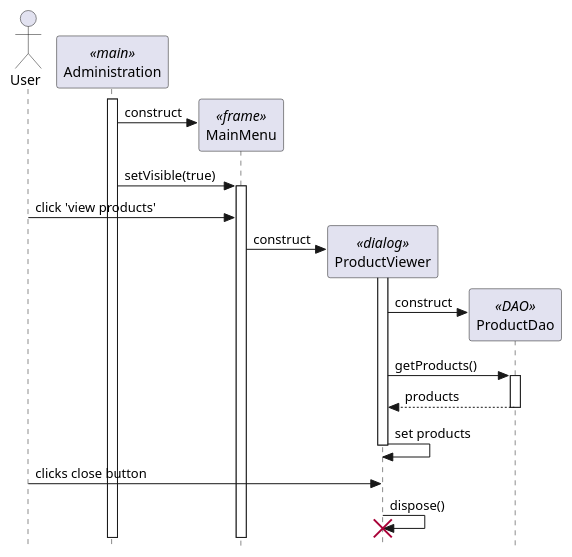
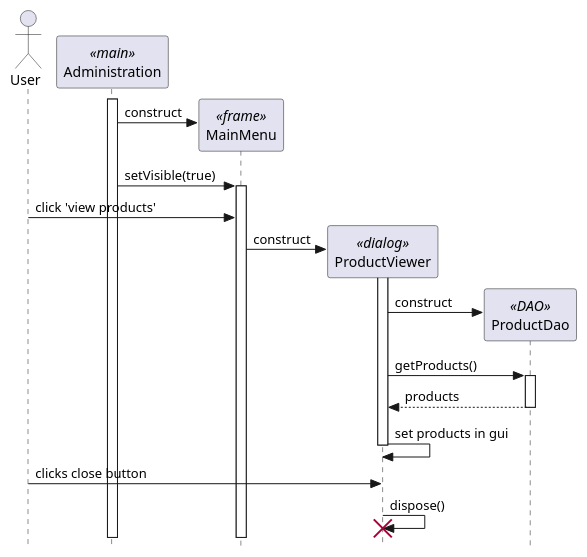
One commit to ahudson20/INFO202 changed the diagram in viewAllProducts.puml. Above: the diagram before and after it, drawn with PlantUML. The commit also changed 2 other files, not shown here.

Commit message:
updated sequence diagram viewing all Products to show more detail. Removed redundant GUI for adding new Products.

```diff
--- a/viewAllProducts.puml
+++ b/viewAllProducts.puml
@@ -1,40 +1,40 @@
 @startuml
 ' use strict UML mode
 skinparam style strictuml
 
 actor "User" as user
 participant "Administration" as main <<main>>
 main++
 
 create "MainMenu" as menu <<frame>>
 main -> menu : construct
 main -> menu++ : setVisible(true)
 
 user -> menu : click 'view products'
 
 create "ProductViewer" as viewer <<dialog>>
 menu -> viewer : construct
 
 ' activate Product editor constructor
 viewer++
 
 ' create a DAO
 create "ProductDao" as dao <<DAO>>
 viewer -> dao : construct
 
 ' get products from dao
 viewer -> dao++ : getProducts()
 return products
 dao--
 
 ' set products from dao
-viewer -> viewer : set products
+viewer -> viewer : set products in gui
 viewer--
 
 user -> viewer : clicks close button
 
 ' dispose dialog
 viewer -> viewer : dispose()
 destroy viewer
 
 @enduml
```
